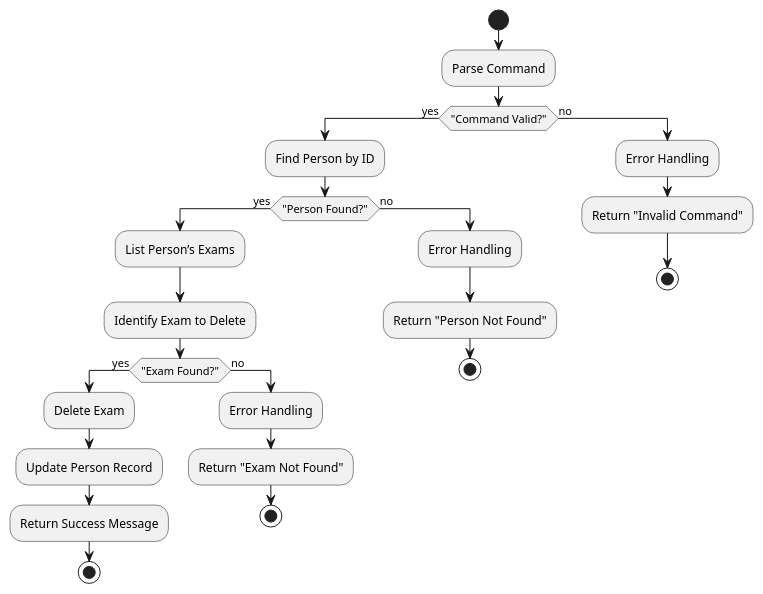
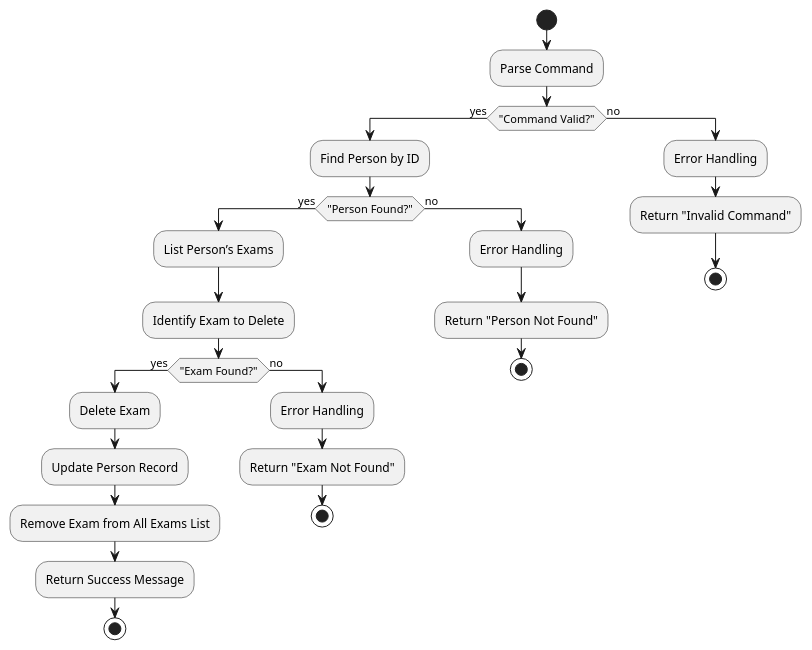
The diagram in docs/diagrams/DeleteExamActivityDiagram.puml (jessicawyz/tp), drawn with PlantUML before and after one commit. The commit also changed 2 other files, not shown here.

Commit message:
Edit DG diagrams

```diff
--- a/docs/diagrams/DeleteExamActivityDiagram.puml
+++ b/docs/diagrams/DeleteExamActivityDiagram.puml
@@ -1,29 +1,30 @@
 @startuml
 start
 :Parse Command;
 if ("Command Valid?") then (yes)
     :Find Person by ID;
     if ("Person Found?") then (yes)
         :List Person’s Exams;
         :Identify Exam to Delete;
         if ("Exam Found?") then (yes)
             :Delete Exam;
             :Update Person Record;
+            :Remove Exam from All Exams List;
             :Return Success Message;
             stop
         else (no)
             :Error Handling;
             :Return "Exam Not Found";
             stop
         endif
     else (no)
         :Error Handling;
         :Return "Person Not Found";
         stop
     endif
 else (no)
     :Error Handling;
     :Return "Invalid Command";
     stop
 endif
 @enduml
```
